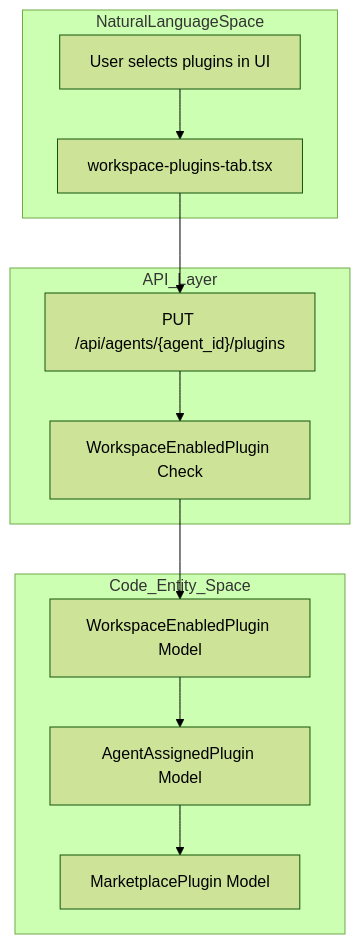
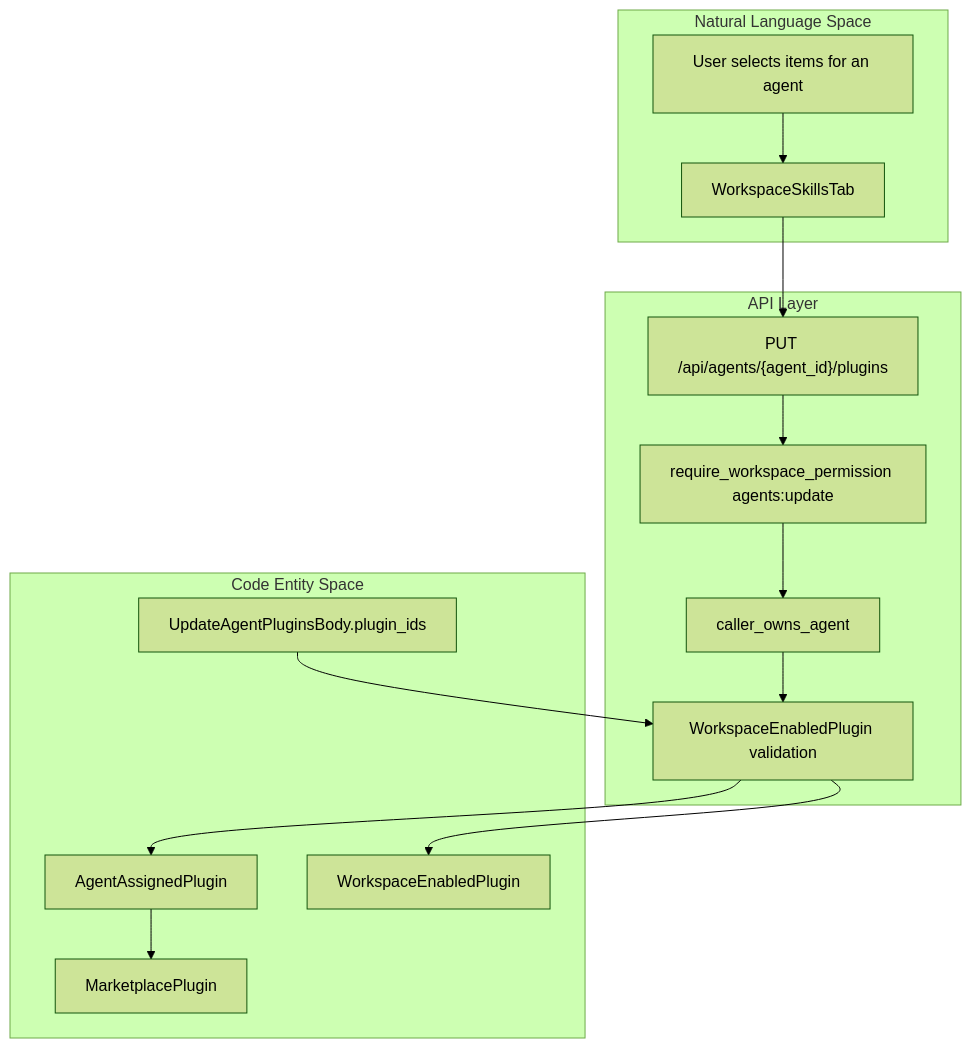
One commit to AutomatosAI/automatos-ai changed the first of 3 diagrams in docs/agents/agent-plugins-skills.md. Above: the diagram before and after it, drawn with Mermaid (forest theme). The commit also changed other lines of this file and 188 other files, not shown here.

First line of the commit message:
docs: refresh architecture docs and add coverage for new subsystems (#1416)

````diff
--- a/docs/agents/agent-plugins-skills.md
+++ b/docs/agents/agent-plugins-skills.md
@@ -91,25 +94,31 @@
 ```mermaid
 graph TD
-    subgraph "NaturalLanguageSpace"
-        User["User selects plugins in UI"]
-        UI["workspace-plugins-tab.tsx"]
+    subgraph NaturalLanguageSpace["Natural Language Space"]
+        User["User selects items for an agent"]
+        WorkspaceLibrary["WorkspaceSkillsTab"]
     end
 
-    subgraph "API_Layer"
-        EP["PUT /api/agents/{agent_id}/plugins"]
-        Val["WorkspaceEnabledPlugin Check"]
+    subgraph API_Layer["API Layer"]
+        Route["PUT /api/agents/{agent_id}/plugins"]
+        Permission["require_workspace_permission agents:update"]
+        Ownership["caller_owns_agent"]
+        Validation["WorkspaceEnabledPlugin validation"]
     end
 
-    subgraph "Code_Entity_Space"
-        AAP["AgentAssignedPlugin Model"]
-        WEP["WorkspaceEnabledPlugin Model"]
-        MP["MarketplacePlugin Model"]
+    subgraph CodeEntitySpace["Code Entity Space"]
+        RequestBody["UpdateAgentPluginsBody.plugin_ids"]
+        Assignment["AgentAssignedPlugin"]
+        WorkspaceEnablement["WorkspaceEnabledPlugin"]
+        Plugin["MarketplacePlugin"]
     end
 
-    User --> UI
-    UI --> EP
-    EP --> Val
-    Val --> WEP
-    WEP --> AAP
-    AAP --> MP
+    User --> WorkspaceLibrary
+    WorkspaceLibrary --> Route
+    Route --> Permission
+    Permission --> Ownership
+    Ownership --> Validation
+    RequestBody --> Validation
+    Validation --> WorkspaceEnablement
+    Validation --> Assignment
+    Assignment --> Plugin
 ```
````
